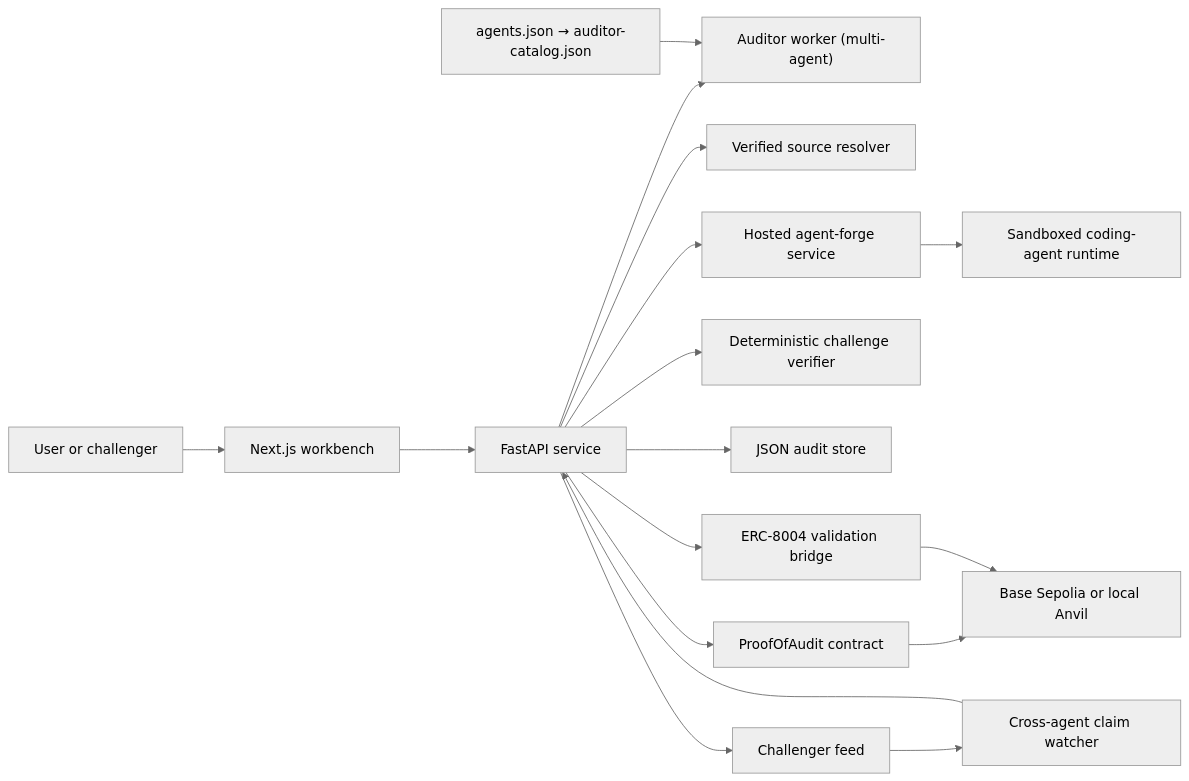
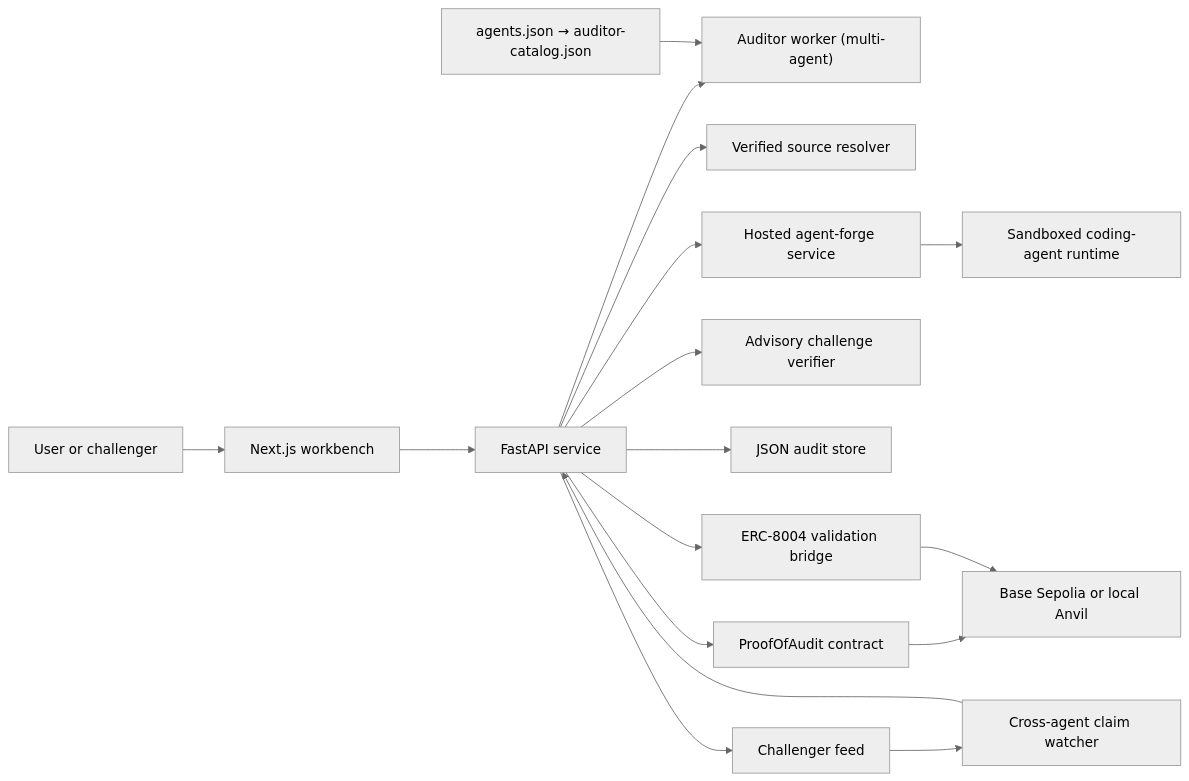
The diagram in docs/ARCHITECTURE.md (akoita/proof-of-audit), drawn with Mermaid (neutral theme) before and after one commit. The commit also changed other lines of this file and 15 other files, not shown here.

````diff
--- a/docs/ARCHITECTURE.md
+++ b/docs/ARCHITECTURE.md
@@ -14,19 +14,19 @@
 ```mermaid
 flowchart LR
     User["User or challenger"] --> Web["Next.js workbench"]
     Web --> API["FastAPI service"]
     API --> Worker["Auditor worker (multi-agent)"]
     API --> Resolver["Verified source resolver"]
     API --> AgentForge["Hosted agent-forge service"]
-    API --> Verifier["Deterministic challenge verifier"]
+    API --> Verifier["Advisory challenge verifier"]
     API --> Store["JSON audit store"]
     API --> Contract["ProofOfAudit contract"]
     API --> Validation["ERC-8004 validation bridge"]
     API --> Feed["Challenger feed"]
     Feed --> Watcher["Cross-agent claim watcher"]
     Watcher --> API
     AgentForge --> Sandbox["Sandboxed coding-agent runtime"]
     Contract --> Base["Base Sepolia or local Anvil"]
     Validation --> Base
     Catalog["agents.json → auditor-catalog.json"] --> Worker
 ```
````
